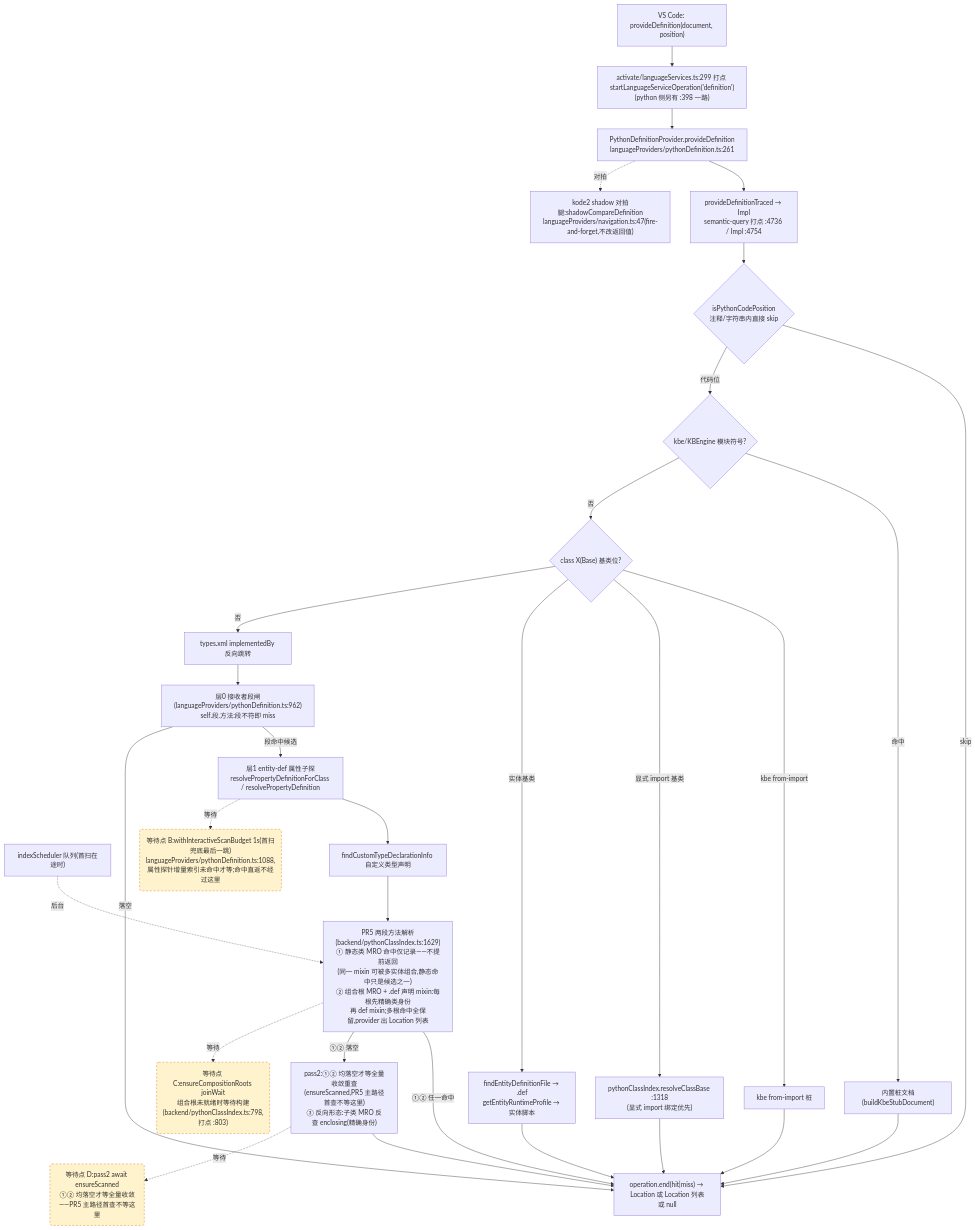
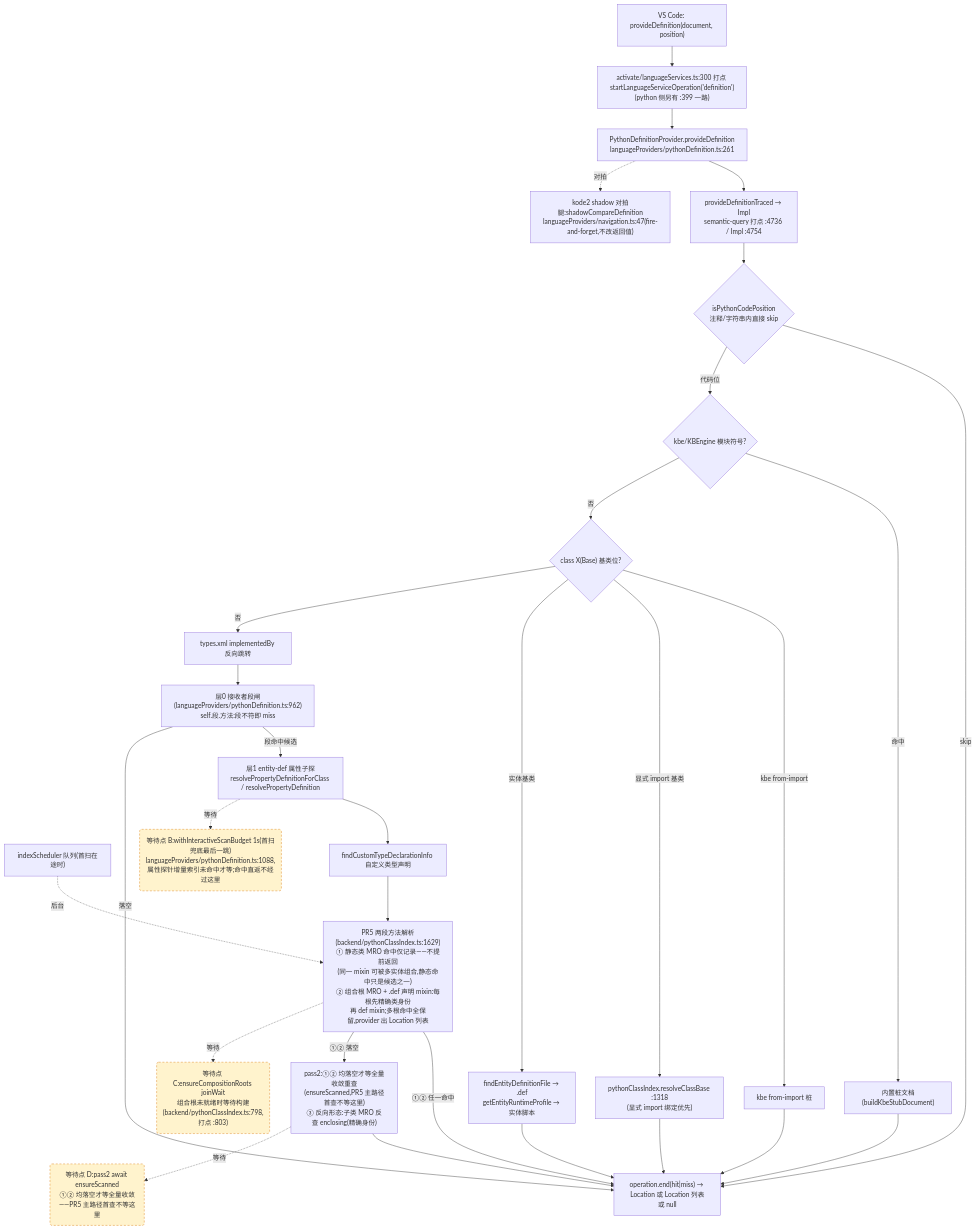
Before and after one commit to cuihairu/kode: the second of 4 diagrams in docs/perf/2026-baseline.md, drawn with Mermaid. The commit also changed other lines of this file and 12 other files, not shown here.

````diff
--- a/docs/perf/2026-baseline.md
+++ b/docs/perf/2026-baseline.md
@@ -155,51 +156,51 @@
 ```mermaid
 flowchart TD
   VC2["VS Code: provideDefinition(document, position)"]
-  M2["activate/languageServices.ts:299 打点 startLanguageServiceOperation('definition')<br/>(python 侧另有 :398 一路)"]
+  M2["activate/languageServices.ts:300 打点 startLanguageServiceOperation('definition')<br/>(python 侧另有 :399 一路)"]
   AD2["PythonDefinitionProvider.provideDefinition<br/>languageProviders/pythonDefinition.ts:261"]
   TR["provideDefinitionTraced → Impl<br/>semantic-query 打点 :4736 / Impl :4754"]
   CTX{"isPythonCodePosition<br/>注释/字符串内直接 skip"}
   KBE{"kbe/KBEngine 模块符号?"}
   STUB["内置桩文档(buildKbeStubDocument)"]
   CB{"class X(Base) 基类位?"}
   CB1["kbe from-import 桩"]
   CB2["pythonClassIndex.resolveClassBase :1318<br/>(显式 import 绑定优先)"]
   CB3["findEntityDefinitionFile → .def<br/>getEntityRuntimeProfile → 实体脚本"]
   REV["types.xml implementedBy 反向跳转"]
   L0["层0 接收者段闸(languageProviders/pythonDefinition.ts:962)<br/>self.段.方法:段不符即 miss"]
   L1["层1 entity-def 属性子探<br/>resolvePropertyDefinitionForClass / resolvePropertyDefinition"]
   SCAN["indexScheduler 队列(首扫在途时)"]
   TY["findCustomTypeDeclarationInfo 自定义类型声明"]
   MRO["PR5 两段方法解析(backend/pythonClassIndex.ts:1629)<br/>① 静态类 MRO 命中仅记录——不提前返回<br/>(同一 mixin 可被多实体组合,静态命中只是候选之一)<br/>② 组合根 MRO + .def 声明 mixin:每根先精确类身份<br/>再 def mixin;多根命中全保留,provider 出 Location 列表"]
   PASS2["pass2:①② 均落空才等全量收敛重查<br/>(ensureScanned,PR5 主路径首查不等这里)<br/>③ 反向形态:子类 MRO 反查 enclosing(精确身份)"]
   SHD["kode2 shadow 对拍腿:shadowCompareDefinition<br/>languageProviders/navigation.ts:47(fire-and-forget,不改返回值)"]
   END2["operation.end(hit|miss) → Location 或 Location 列表或 null"]
 
   VC2 --> M2 --> AD2 --> TR --> CTX
   CTX -- "skip" --> END2
   CTX -- "代码位" --> KBE
   KBE -- "命中" --> STUB --> END2
   KBE -- "否" --> CB
   CB -- "kbe from-import" --> CB1 --> END2
   CB -- "显式 import 基类" --> CB2 --> END2
   CB -- "实体基类" --> CB3 --> END2
   CB -- "否" --> REV --> L0
   L0 -- "段命中候选" --> L1
   L0 -- "落空" --> END2
   L1 --> TY
   TY --> MRO
   MRO -- "①② 任一命中" --> END2
   MRO -- "①② 落空" --> PASS2 --> END2
   AD2 -.->|对拍| SHD
 
   WAITB("等待点 B:withInteractiveScanBudget 1s(首扫兜底最后一跳)<br/>languageProviders/pythonDefinition.ts:1088,属性探针增量索引未命中才等;命中直返不经过这里")
   WAITC("等待点 C:ensureCompositionRoots joinWait<br/>组合根未就绪时等待构建(backend/pythonClassIndex.ts:798,打点 :803)")
   WAITD("等待点 D:pass2 await ensureScanned<br/>①② 均落空才等全量收敛——PR5 主路径首查不等这里")
   L1 -.->|等待| WAITB
   MRO -.->|等待| WAITC
   PASS2 -.->|等待| WAITD
   SCAN -.->|后台| MRO
 
   classDef waitPoint fill:#fff3cd,stroke:#d97706,stroke-dasharray:5 4;
   class WAITB,WAITC,WAITD waitPoint;
 ```
````
